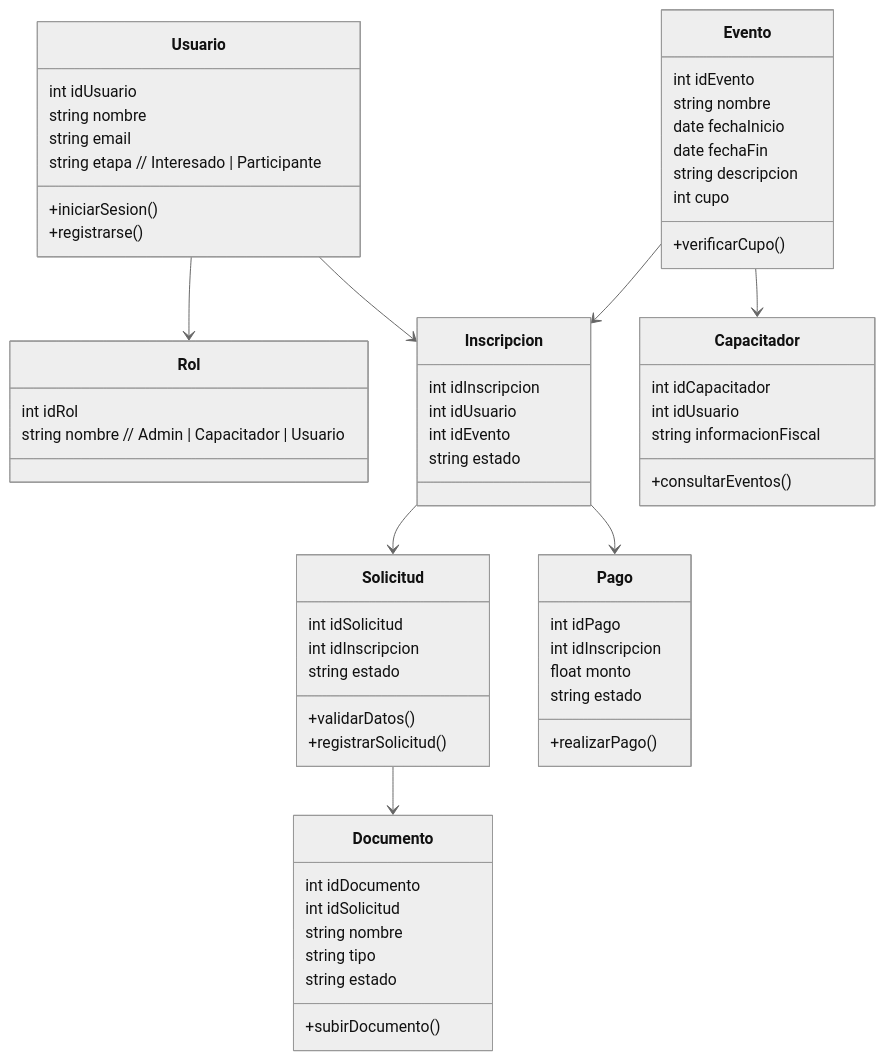
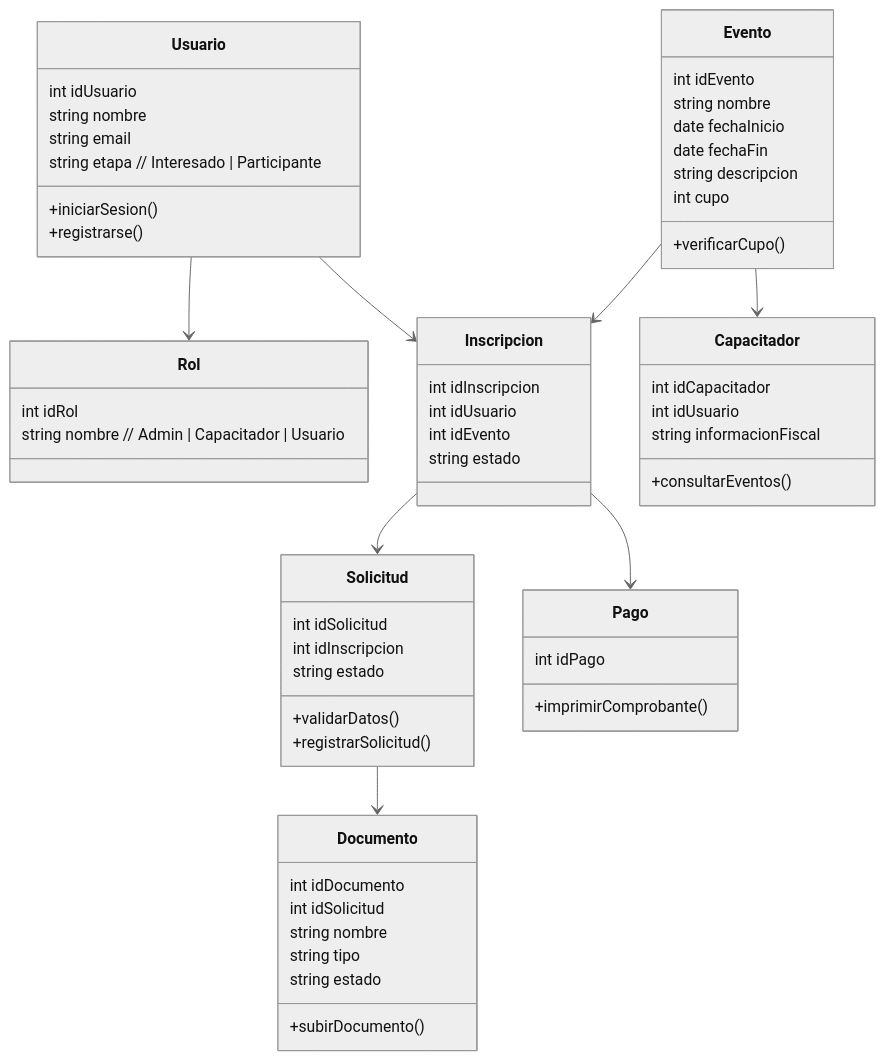
Before and after one commit to Killercrod/SoftwareDesign: the diagram in docs/uml/nuevodiagramaClases.md, drawn with Mermaid (neutral theme).

````diff
--- a/docs/uml/nuevodiagramaClases.md
+++ b/docs/uml/nuevodiagramaClases.md
@@ -1,76 +1,73 @@
 ```mermaid
 classDiagram
 
 class Usuario {
   int idUsuario
   string nombre
   string email
   string etapa   // Interesado | Participante
   +iniciarSesion()
   +registrarse()
 }
 
 class Rol {
   int idRol
   string nombre  // Admin | Capacitador | Usuario
 }
 
 class Evento {
   int idEvento
   string nombre
   date fechaInicio
   date fechaFin
   string descripcion
   int cupo
   +verificarCupo()
 }
 
 class Inscripcion {
   int idInscripcion
   int idUsuario
   int idEvento
   string estado
 }
 
 class Solicitud {
   int idSolicitud
   int idInscripcion
   string estado
   +validarDatos()
   +registrarSolicitud()
 }
 
 class Documento {
   int idDocumento
   int idSolicitud
   string nombre
   string tipo
   string estado
   +subirDocumento()
 }
 
 class Pago {
   int idPago
-  int idInscripcion
-  float monto
-  string estado
-  +realizarPago()
+  +imprimirComprobante()
 }
 
 class Capacitador {
   int idCapacitador
   int idUsuario
   string informacionFiscal
   +consultarEventos()
 }
 
 Usuario --> Rol
 Usuario --> Inscripcion
 
 Evento --> Inscripcion
 Inscripcion --> Solicitud
 Solicitud --> Documento
 Inscripcion --> Pago
 
 Evento --> Capacitador
 ```
````
